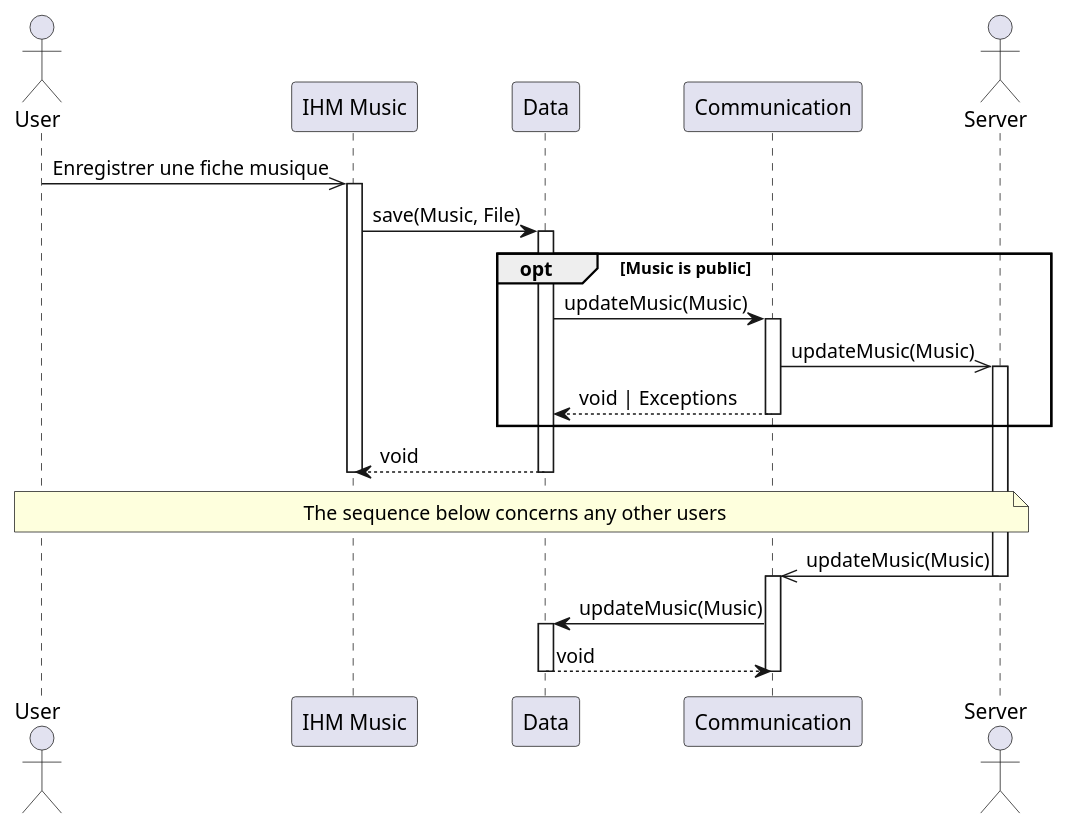
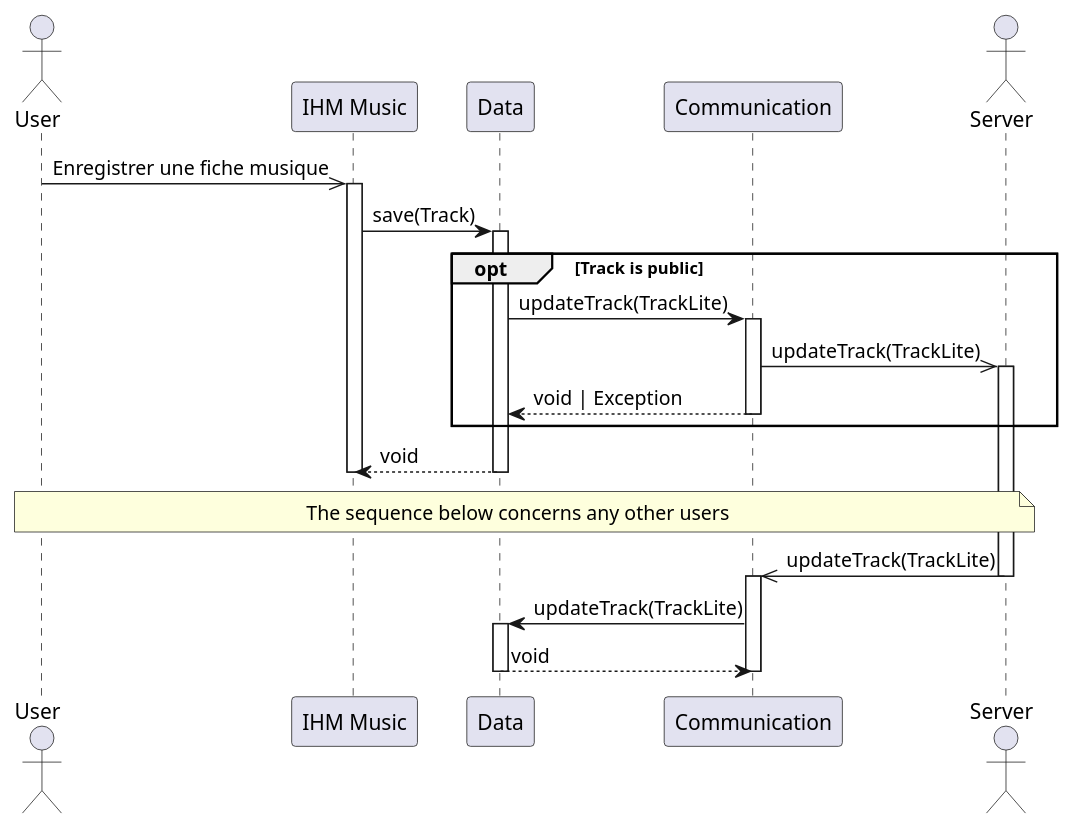
The diagram in sequence/2.3.update_music_file_client.puml (UTCAI12/Diagrams), drawn with PlantUML before and after one commit. The commit also changed 4 other files, not shown here.

Commit message:
Utilisation des classes du diagramme

```diff
--- a/sequence/2.3.update_music_file_client.puml
+++ b/sequence/2.3.update_music_file_client.puml
@@ -1,38 +1,38 @@
-@startuml Edit Music (client side)
+@startuml Edit Track (client side)
 actor User
 participant "IHM Music" as IHM
 participant Data
 participant Communication
 actor Server
 
 User ->> IHM : Enregistrer une fiche musique
 activate IHM
 
-IHM -> Data : save(Music, File)
+IHM -> Data : save(Track)
 activate Data
 
-opt Music is public
-    Data -> Communication : updateMusic(Music)
+opt Track is public
+    Data -> Communication : updateTrack(TrackLite)
     activate Communication
-    Communication ->> Server : updateMusic(Music)
+    Communication ->> Server : updateTrack(TrackLite)
     activate Server
-    Communication --> Data : void | Exceptions
+    Communication --> Data : void | Exception
     deactivate Communication
 end
 
 Data --> IHM : void
 deactivate Data
 deactivate IHM
 
 
 note across: The sequence below concerns any other users
-Server ->> Communication : updateMusic(Music)
+Server ->> Communication : updateTrack(TrackLite)
 deactivate Server
 activate Communication
-Communication -> Data : updateMusic(Music)
+Communication -> Data : updateTrack(TrackLite)
 activate Data
 Data --> Communication : void
 deactivate Data
 deactivate Communication
 
 @enduml
```
